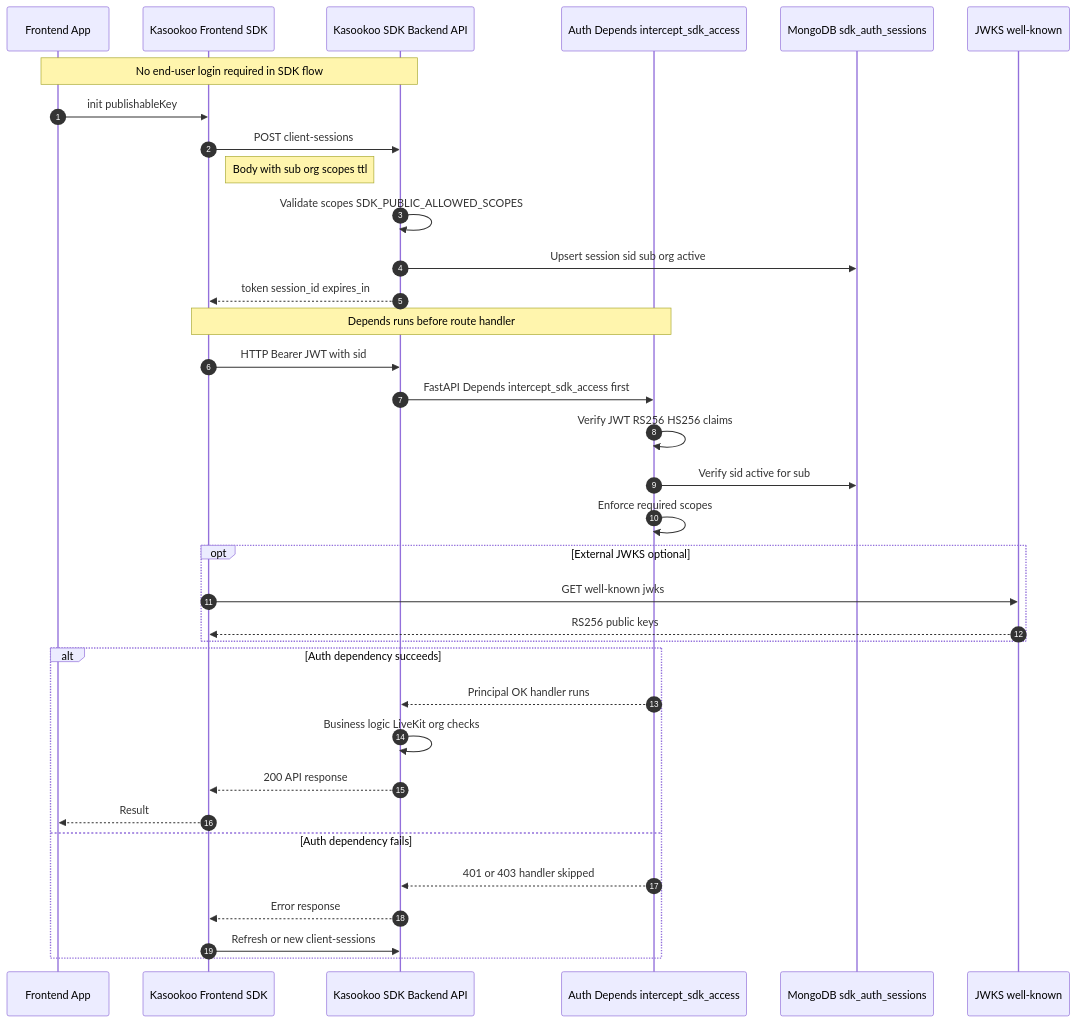
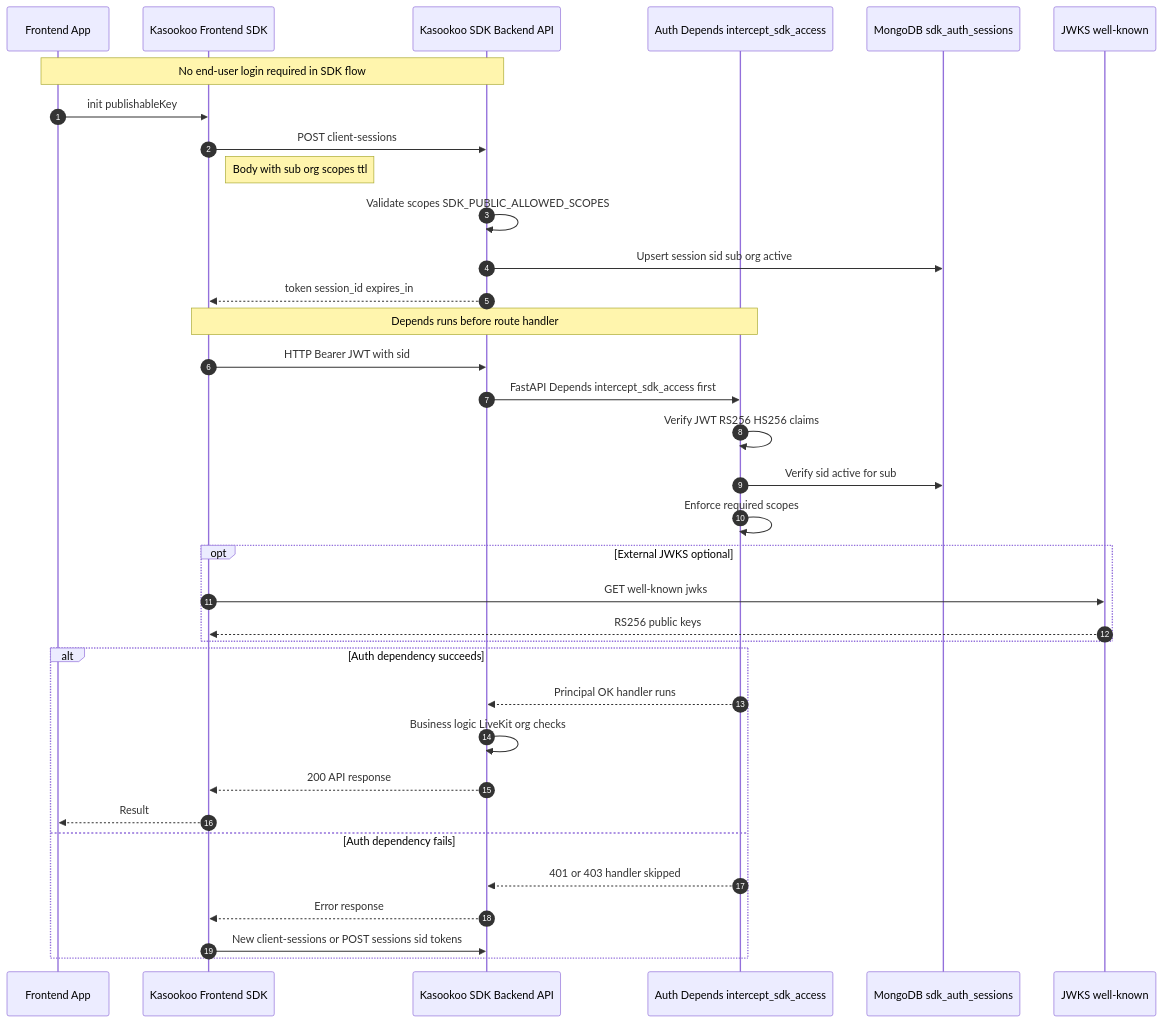
One commit to Kasookoo/kasookoo-sdk-backend changed the third of 4 diagrams in README.md. Above: the diagram before and after it, drawn with Mermaid. The commit also changed other lines of this file and 18 other files, not shown here.

````diff
--- a/README.md
+++ b/README.md
@@ -520,41 +513,41 @@
 ```mermaid
 sequenceDiagram
     autonumber
     participant FE as Frontend App
     participant SDK as Kasookoo Frontend SDK
     participant KB as Kasookoo SDK Backend API
     participant AUTH as Auth Depends intercept_sdk_access
     participant DB as MongoDB sdk_auth_sessions
     participant JWKS as JWKS well-known
 
     Note over FE,KB: No end-user login required in SDK flow
 
     FE->>SDK: init publishableKey
     SDK->>KB: POST client-sessions
     Note right of SDK: Body with sub org scopes ttl
     KB->>KB: Validate scopes SDK_PUBLIC_ALLOWED_SCOPES
     KB->>DB: Upsert session sid sub org active
     KB-->>SDK: token session_id expires_in
 
     Note over SDK,AUTH: Depends runs before route handler
     SDK->>KB: HTTP Bearer JWT with sid
     KB->>AUTH: FastAPI Depends intercept_sdk_access first
     AUTH->>AUTH: Verify JWT RS256 HS256 claims
     AUTH->>DB: Verify sid active for sub
     AUTH->>AUTH: Enforce required scopes
     opt External JWKS optional
       SDK->>JWKS: GET well-known jwks
       JWKS-->>SDK: RS256 public keys
     end
 
     alt Auth dependency succeeds
         AUTH-->>KB: Principal OK handler runs
         KB->>KB: Business logic LiveKit org checks
         KB-->>SDK: 200 API response
         SDK-->>FE: Result
     else Auth dependency fails
         AUTH-->>KB: 401 or 403 handler skipped
         KB-->>SDK: Error response
-        SDK->>KB: Refresh or new client-sessions
+        SDK->>KB: New client-sessions or POST sessions sid tokens
     end
 ```
````
